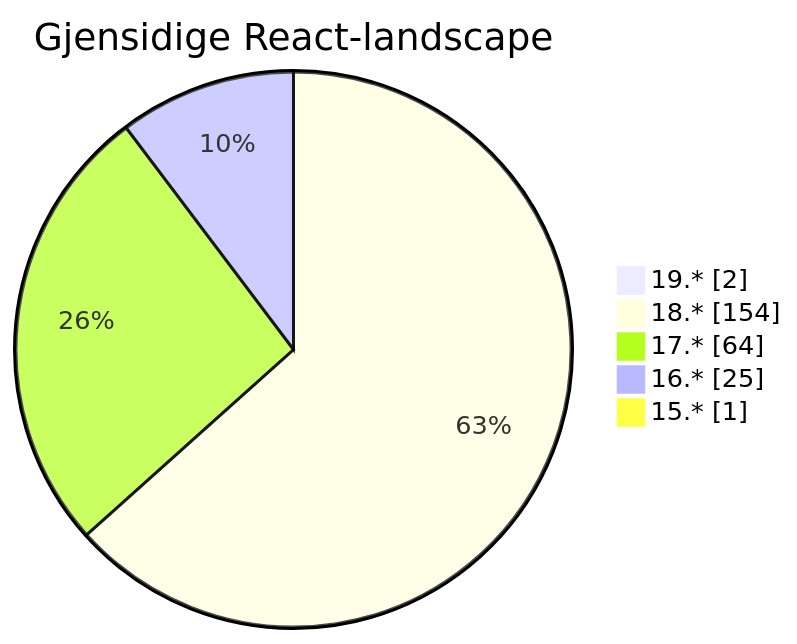
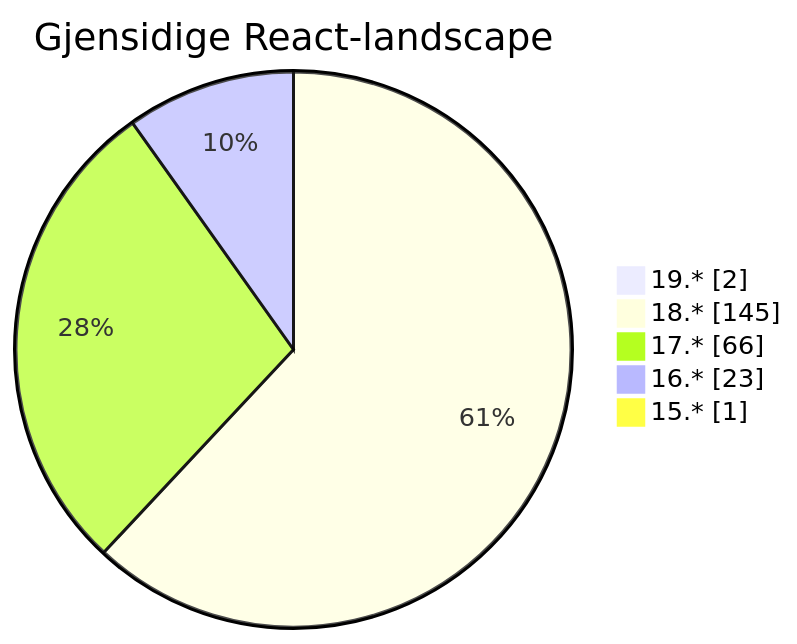
One commit to Bellfalasch/frontend-forum changed the second of 3 diagrams in slides.md. Above: the diagram before and after it, drawn with Mermaid. The commit also changed other lines of this file, not shown here.

````diff
--- a/slides.md
+++ b/slides.md
@@ -115,8 +127,8 @@
 ```mermaid
 pie showData title Gjensidige React-landscape
     "19.*" : 2
-    "18.*" : 154
-    "17.*" : 64
-    "16.*" : 25
+    "18.*" : 145
+    "17.*" : 66
+    "16.*" : 23
     "15.*" : 1
 ```
````
